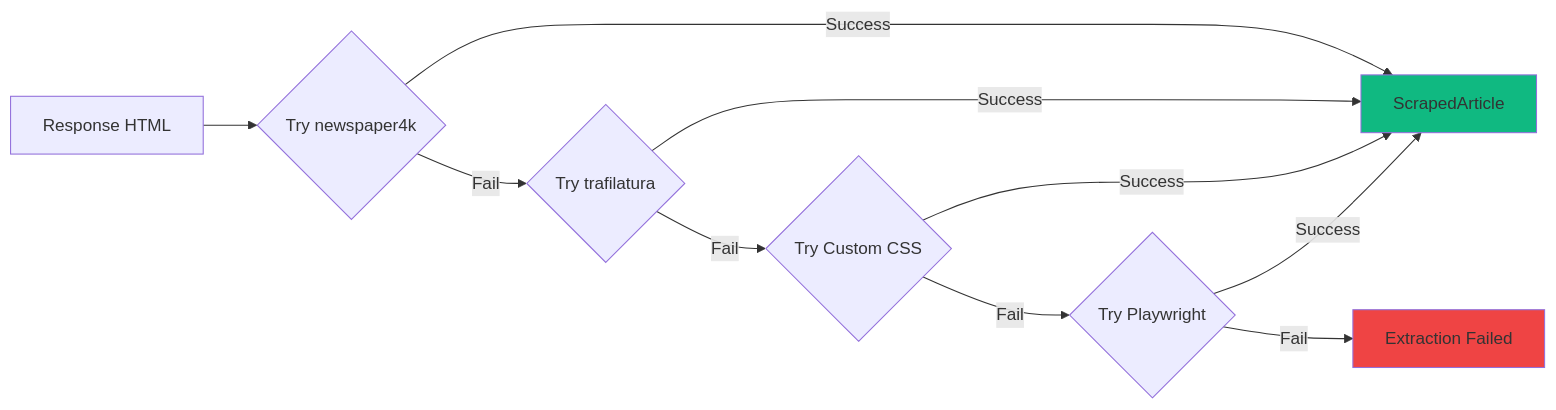
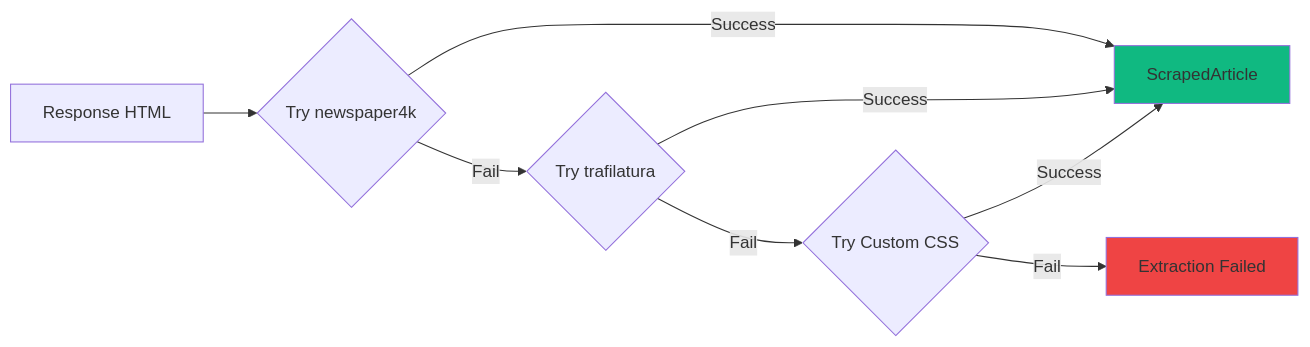
The second of 2 diagrams in concepts/architecture.mdx (discourselab/scrapai-docs), drawn with Mermaid before and after one commit. The commit also changed other lines of this file and 43 other files, not shown here.

````diff
--- a/concepts/architecture.mdx
+++ b/concepts/architecture.mdx
@@ -278,15 +112,13 @@
 ```mermaid
 graph LR
     A["Response HTML"] --> B{"Try newspaper4k"}
     B -->|Success| Z["ScrapedArticle"]
     B -->|Fail| C{"Try trafilatura"}
     C -->|Success| Z
     C -->|Fail| D{"Try Custom CSS"}
     D -->|Success| Z
-    D -->|Fail| E{"Try Playwright"}
-    E -->|Success| Z
-    E -->|Fail| F["Extraction Failed"]
-    
+    D -->|Fail| E["Extraction Failed"]
+
     style Z fill:#10b981
-    style F fill:#ef4444
+    style E fill:#ef4444
 ```
````
